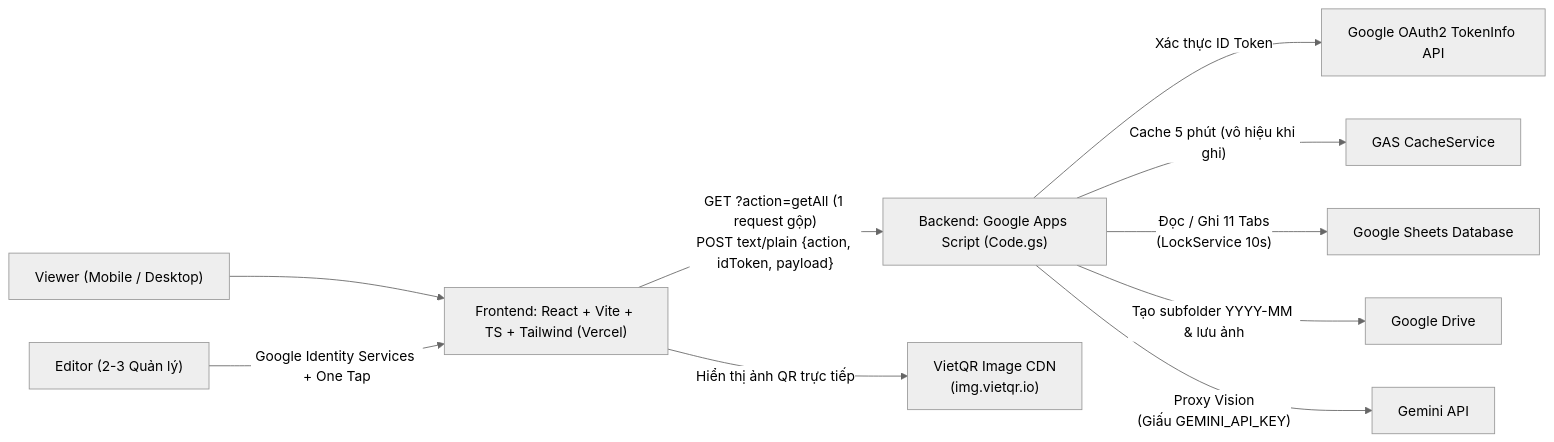
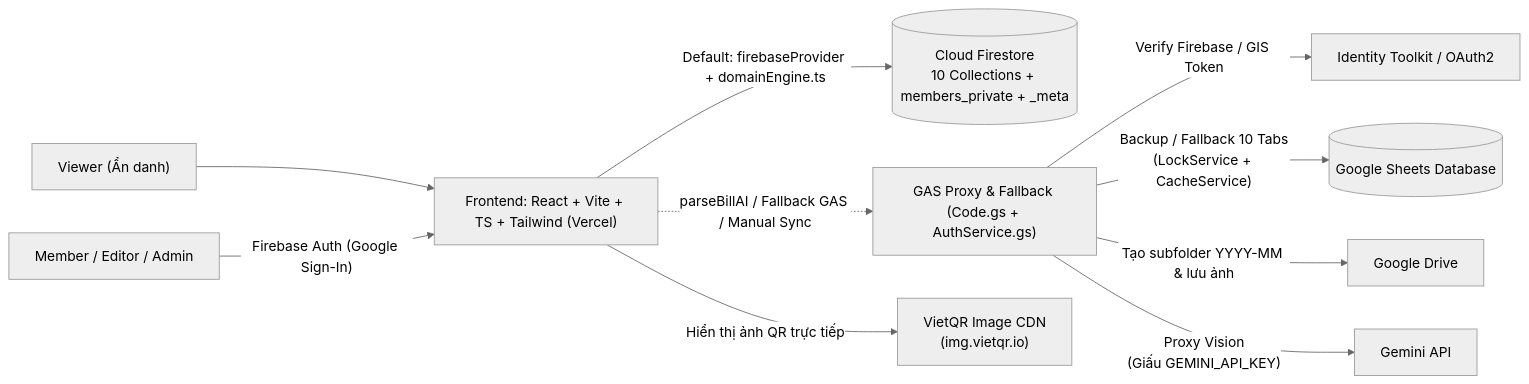
Before and after one commit to tuantrungky/chiatien: the diagram in SPEC.md, drawn with Mermaid (neutral theme). The commit also changed other lines of this file and 28 other files, not shown here.

````diff
--- a/SPEC.md
+++ b/SPEC.md
@@ -36,14 +38,14 @@
 ```mermaid
 flowchart LR
-    U_V["Viewer (Mobile / Desktop)"] --> FE["Frontend: React + Vite + TS + Tailwind (Vercel)"]
-    U_E["Editor (2-3 Quản lý)"] -->|"Google Identity Services + One Tap"| FE
+    U_V["Viewer (Ẩn danh)"] --> FE["Frontend: React + Vite + TS + Tailwind (Vercel)"]
+    U_E["Member / Editor / Admin"] -->|"Firebase Auth (Google Sign-In)"| FE
 
-    FE -->|"GET ?action=getAll (1 request gộp)\nPOST text/plain {action, idToken, payload}"| GAS["Backend: Google Apps Script (Code.gs)"]
+    FE -->|"Default: firebaseProvider + domainEngine.ts"| FS[("Cloud Firestore\n10 Collections + members_private + _meta")]
+    FE -.->|"parseBillAI / Fallback GAS / Manual Sync"| GAS["GAS Proxy & Fallback (Code.gs + AuthService.gs)"]
     FE -->|"Hiển thị ảnh QR trực tiếp"| VQR["VietQR Image CDN\n(img.vietqr.io)"]
 
-    GAS -->|"Xác thực ID Token"| OAUTH["Google OAuth2 TokenInfo API"]
-    GAS -->|"Cache 5 phút (vô hiệu khi ghi)"| CACHE["GAS CacheService"]
-    GAS -->|"Đọc / Ghi 11 Tabs\n(LockService 10s)"| GS["Google Sheets Database"]
+    GAS -->|"Verify Firebase / GIS Token"| OAUTH["Identity Toolkit / OAuth2"]
+    GAS -->|"Backup / Fallback 10 Tabs\n(LockService + CacheService)"| GS[("Google Sheets Database")]
     GAS -->|"Tạo subfolder YYYY-MM & lưu ảnh"| GD["Google Drive"]
     GAS -->|"Proxy Vision\n(Giấu GEMINI_API_KEY)"| GEM["Gemini API"]
 ```
````
